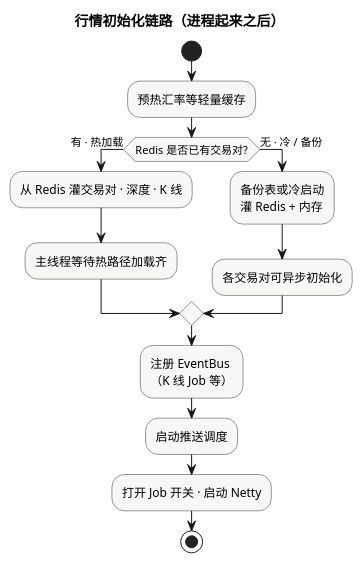
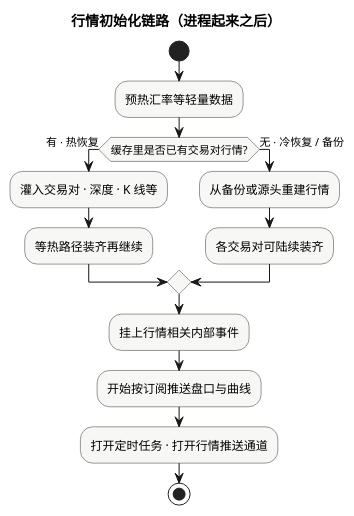
Before and after one commit to bridgehsu/tgex.net: the diagram in docs/07.现货手册/05.核心流程/design/0501-01.plantuml, drawn with PlantUML. The commit also changed 25 other files, not shown here.

First line of the commit message:
Complete spot core flows with cancel and market push docs.

```diff
--- a/docs/07.现货手册/05.核心流程/design/0501-01.plantuml
+++ b/docs/07.现货手册/05.核心流程/design/0501-01.plantuml
@@ -1,24 +1,24 @@
 @startuml 行情初始化链路
 skinparam shadowing false
 skinparam ActivityBorderColor #333
 skinparam ActivityBackgroundColor #F7F7F5
 
 title 行情初始化链路（进程起来之后）
 
 start
-:预热汇率等轻量缓存;
+:预热汇率等轻量数据;
 
-if (Redis 是否已有交易对?) then (有 · 热加载)
-  :从 Redis 灌交易对 · 深度 · K 线;
-  :主线程等待热路径加载齐;
-else (无 · 冷 / 备份)
-  :备份表或冷启动\n灌 Redis + 内存;
-  :各交易对可异步初始化;
+if (缓存里是否已有交易对行情?) then (有 · 热恢复)
+  :灌入交易对 · 深度 · K 线等;
+  :等热路径装齐再继续;
+else (无 · 冷恢复 / 备份)
+  :从备份或源头重建行情;
+  :各交易对可陆续装齐;
 endif
 
-:注册 EventBus\n（K 线 Job 等）;
-:启动推送调度;
-:打开 Job 开关 · 启动 Netty;
+:挂上行情相关内部事件;
+:开始按订阅推送盘口与曲线;
+:打开定时任务 · 打开行情推送通道;
 
 stop
 @enduml
```
